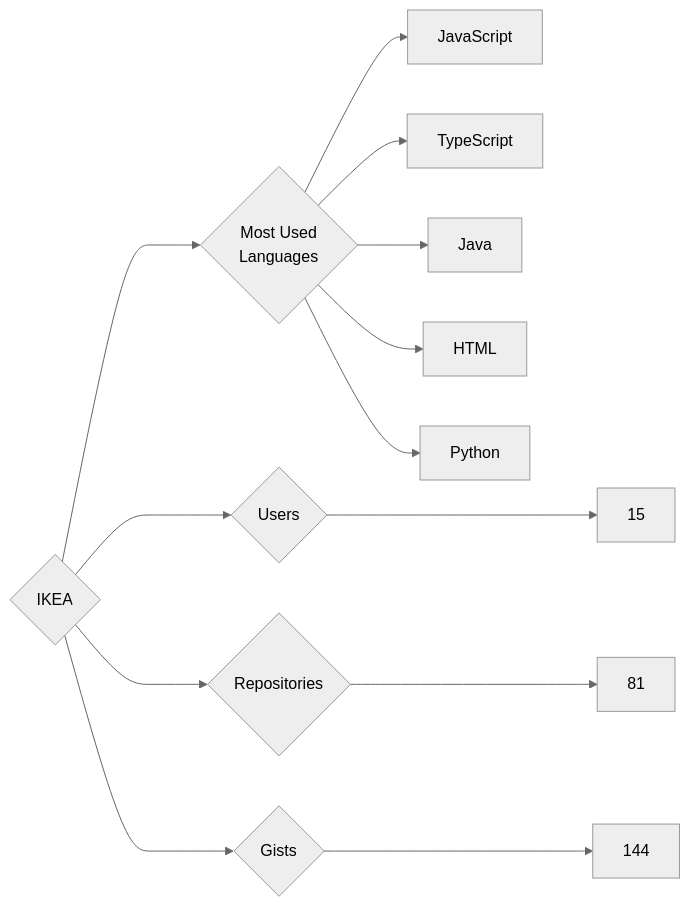
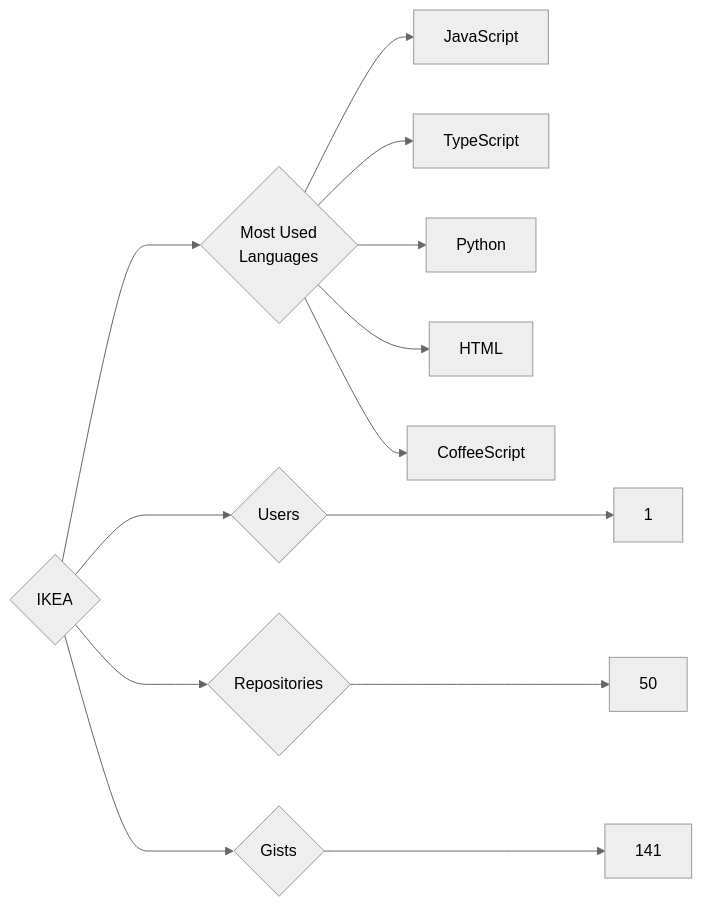
One commit to trickest/insiders changed the diagram in targets/IKEA/README.md. Above: the diagram before and after it, drawn with Mermaid (neutral theme). The commit also changed 814 other files, not shown here.

````diff
--- a/targets/IKEA/README.md
+++ b/targets/IKEA/README.md
@@ -3,13 +3,13 @@
 ```mermaid
 graph LR
 COMPANY_NAME{IKEA}
-COMPANY_NAME ---> U{Users} ---> UN[15]
-COMPANY_NAME ---> R{Repositories} ---> RN[81]
-COMPANY_NAME ---> G{Gists} ---> GN[144]
+COMPANY_NAME ---> U{Users} ---> UN[1]
+COMPANY_NAME ---> R{Repositories} ---> RN[50]
+COMPANY_NAME ---> G{Gists} ---> GN[141]
 COMPANY_NAME ---> ML{Most Used<br>Languages}
 ML --> JavaScript[JavaScript]
 ML --> TypeScript[TypeScript]
-ML --> Java[Java]
+ML --> Python[Python]
 ML --> HTML[HTML]
-ML --> Python[Python]
+ML --> CoffeeScript[CoffeeScript]
 ```
````
